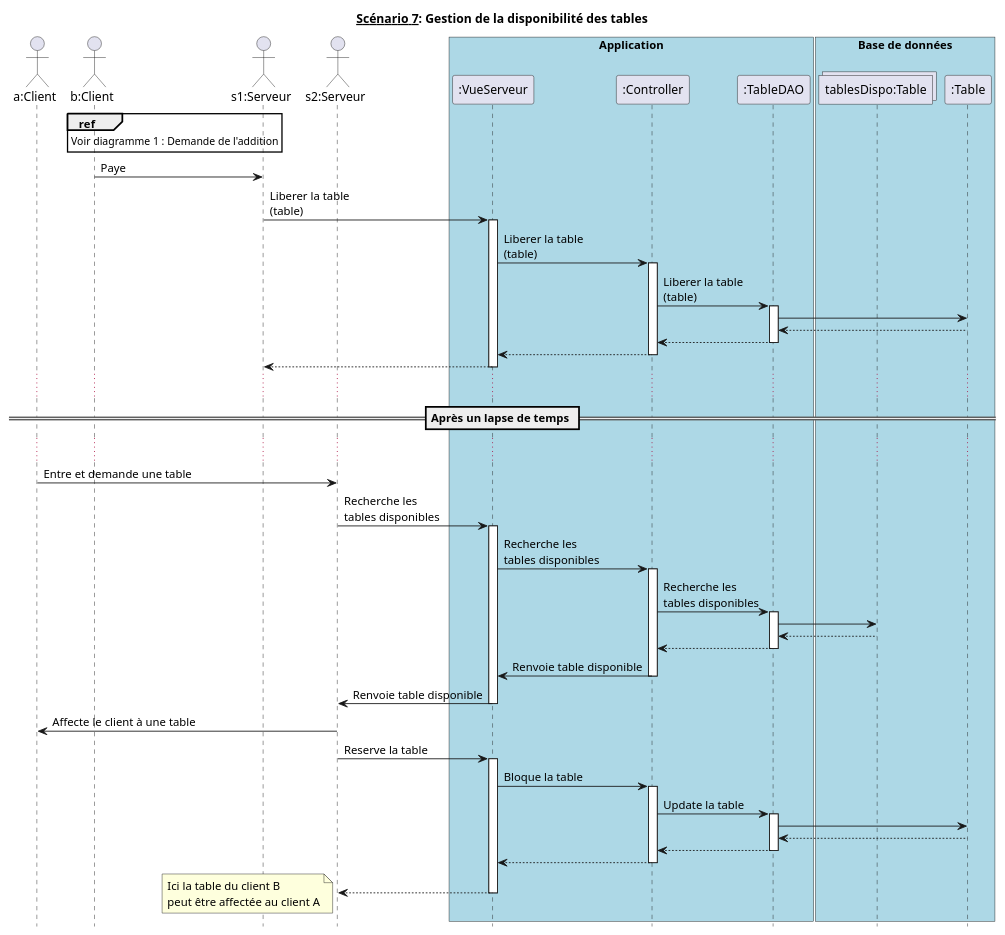
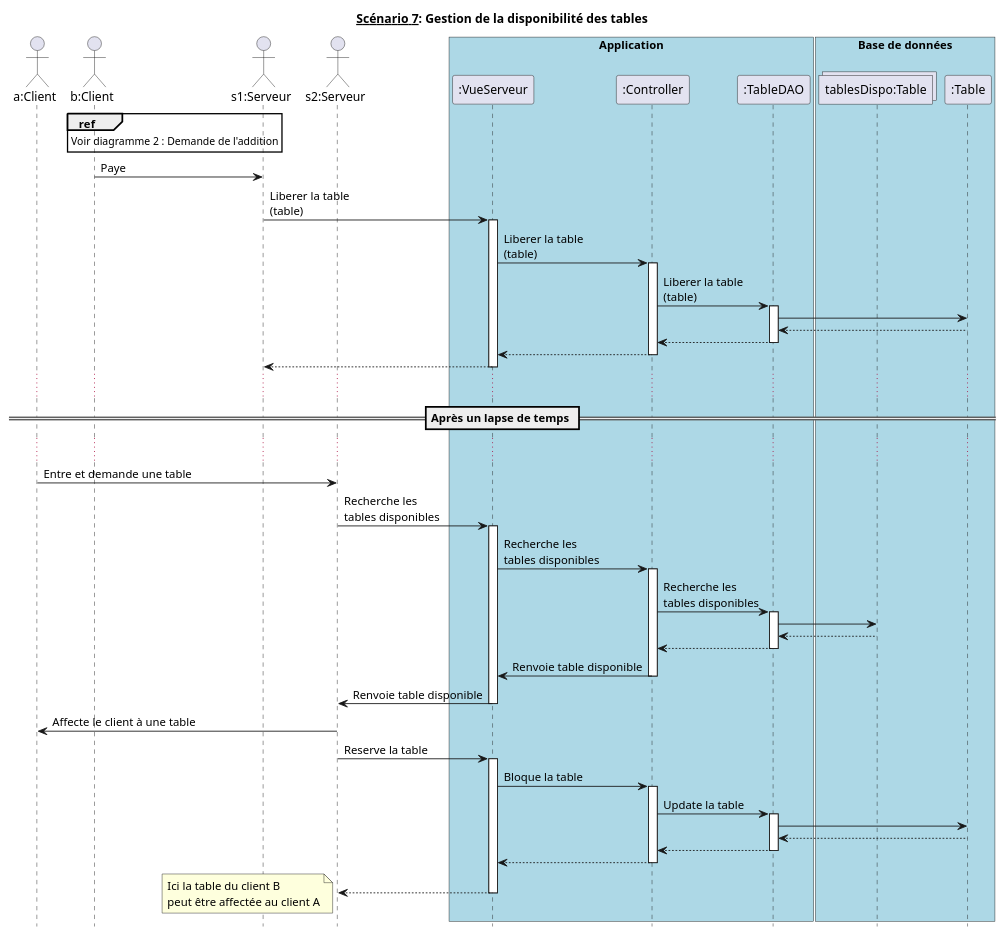
One commit to hulskenA/GL-Les_seigneurs_du_resto changed the diagram in diagrammes_sequences_detailles/dss7.md. Above: the diagram before and after it, drawn with PlantUML.

```diff
--- a/diagrammes_sequences_detailles/dss7.md
+++ b/diagrammes_sequences_detailles/dss7.md
@@ -21,7 +21,7 @@
 endbox
 
 ref over ClientB
-  Voir diagramme 1 : Demande de l'addition
+  Voir diagramme 2 : Demande de l'addition
 end
 
 ClientB -> Serveur1 : Paye
```
